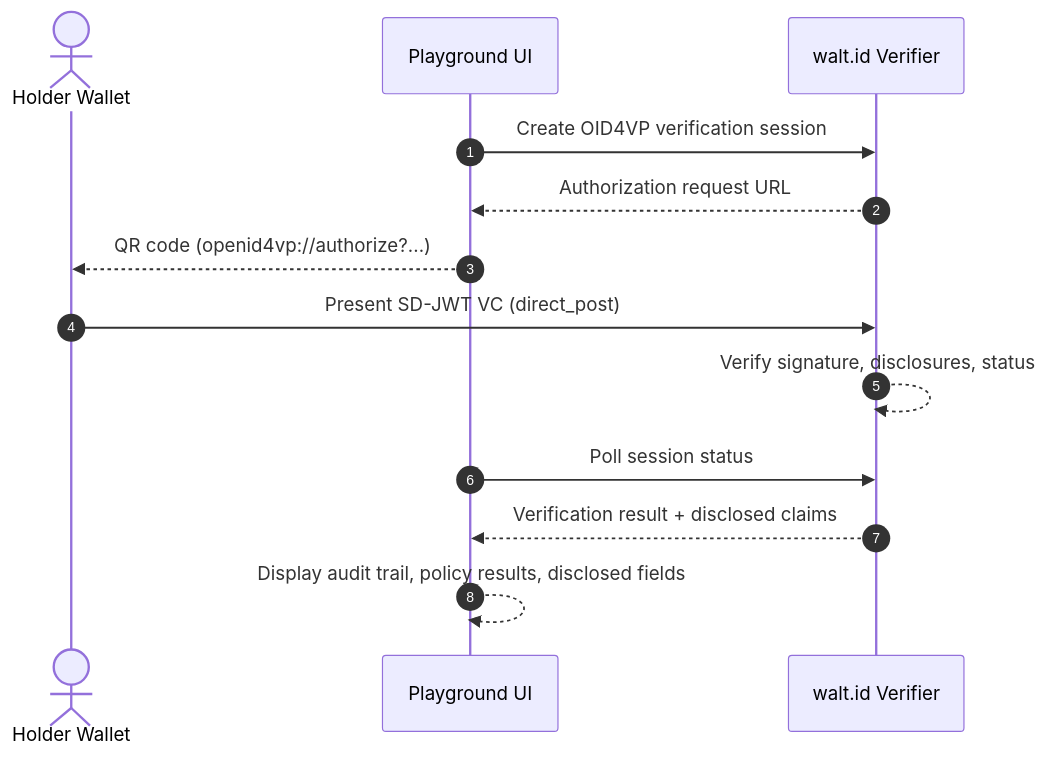
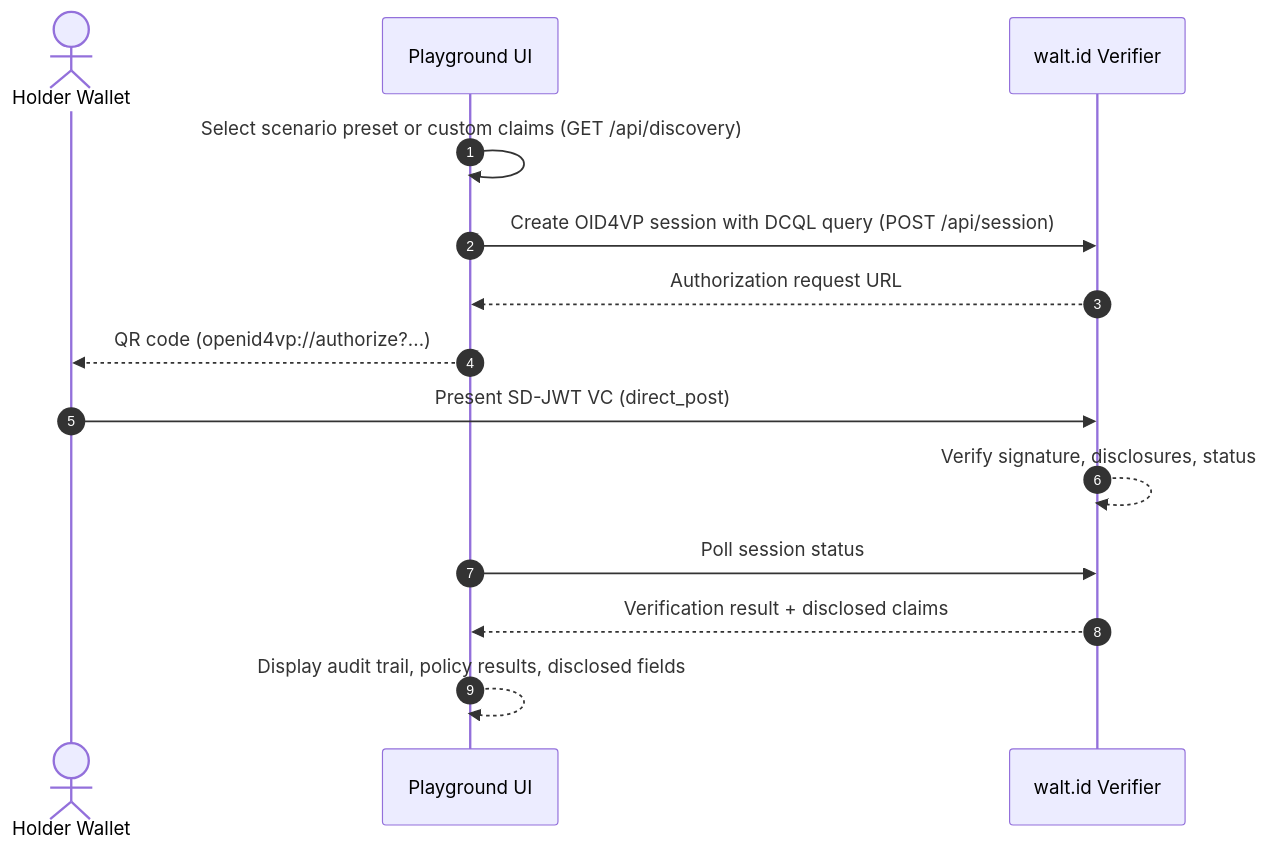
The diagram in apps/playground/README.md (huypengin/UniDipVeri), drawn with Mermaid before and after one commit. The commit also changed other lines of this file and 2 other files, not shown here.

First line of the commit message:
docs(readme): refresh root and app documentation with benchmarks, keygen, and dcql limitations

````diff
--- a/apps/playground/README.md
+++ b/apps/playground/README.md
@@ -11,16 +11,17 @@
 ```mermaid
 sequenceDiagram
     autonumber
     actor Holder as Holder Wallet
     participant Playground as Playground UI
     participant WaltID as walt.id Verifier
 
-    Playground->>WaltID: Create OID4VP verification session
+    Playground->>Playground: Select scenario preset or custom claims (GET /api/discovery)
+    Playground->>WaltID: Create OID4VP session with DCQL query (POST /api/session)
     WaltID-->>Playground: Authorization request URL
     Playground-->>Holder: QR code (openid4vp://authorize?...)
     Holder->>WaltID: Present SD-JWT VC (direct_post)
     WaltID-->>WaltID: Verify signature, disclosures, status
     Playground->>WaltID: Poll session status
     WaltID-->>Playground: Verification result + disclosed claims
     Playground-->>Playground: Display audit trail, policy results, disclosed fields
 ```
````
